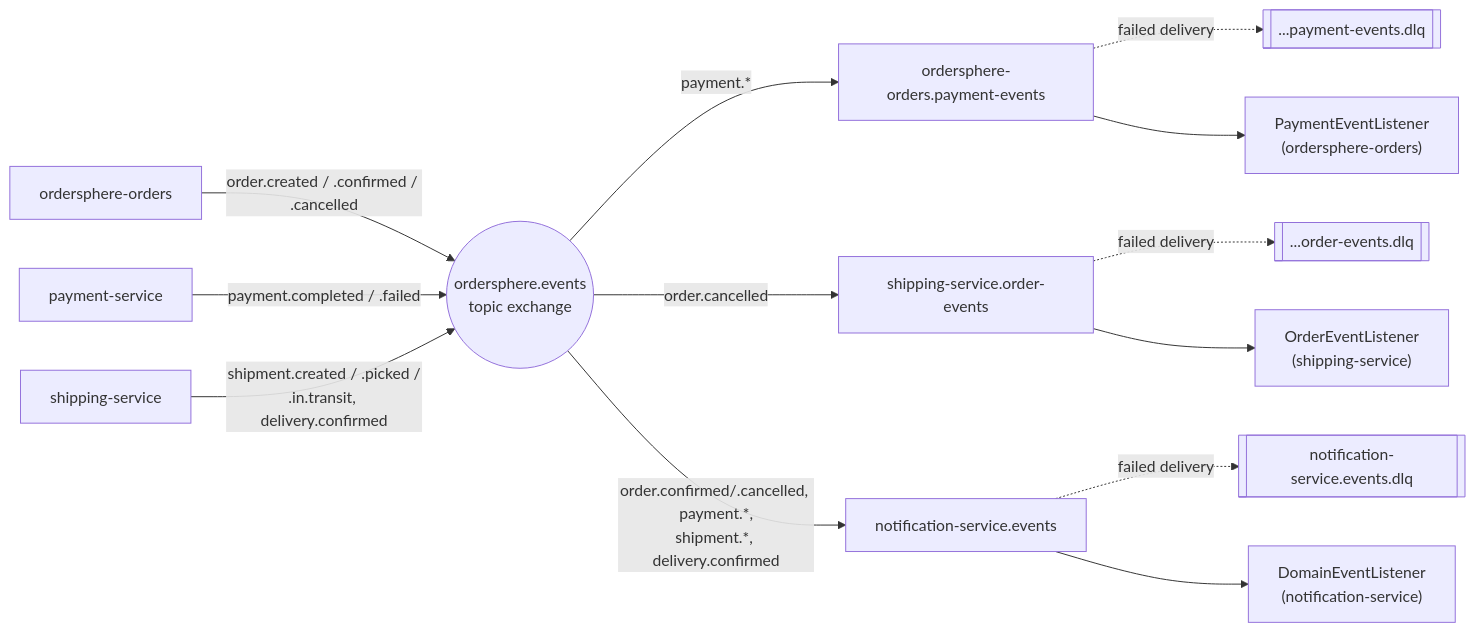
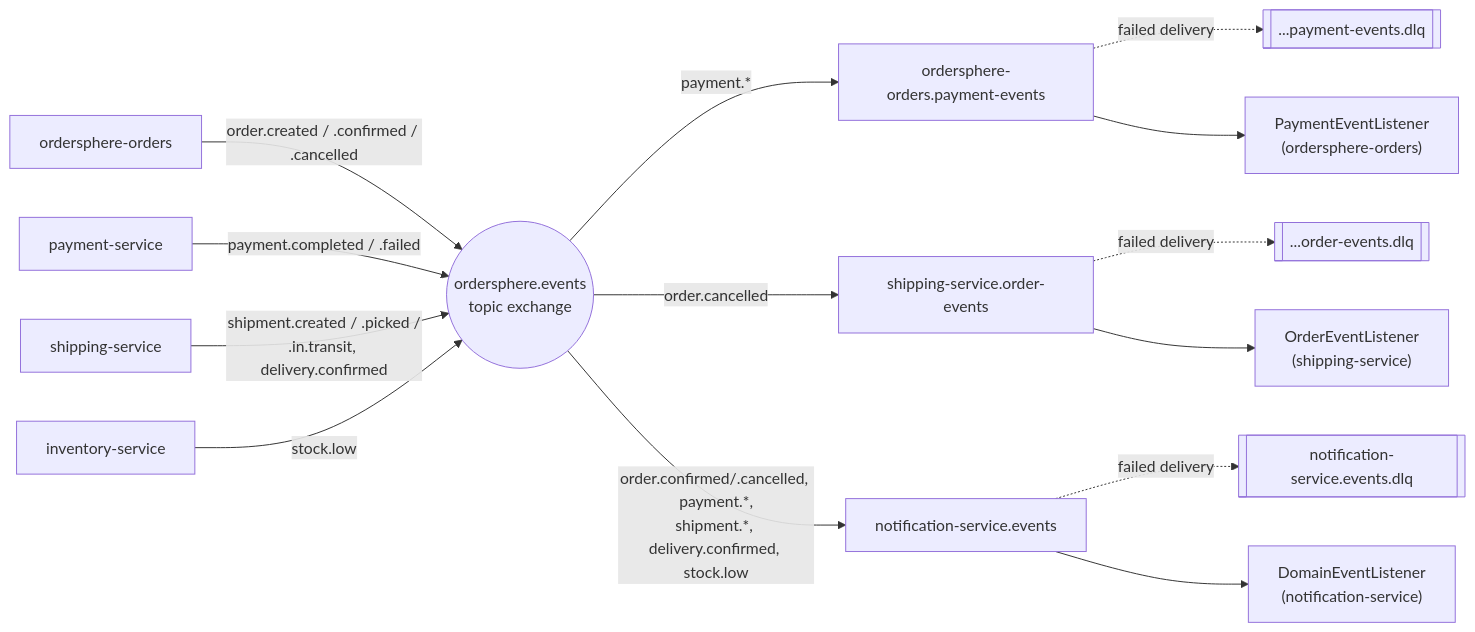
The second of 2 diagrams in docs/technical-architecture.md (sankar1609/OrderSphere), drawn with Mermaid before and after one commit. The commit also changed other lines of this file, not shown here.

First line of the commit message:
Bring technical-architecture.md up to date with the code

````diff
--- a/docs/technical-architecture.md
+++ b/docs/technical-architecture.md
@@ -131,18 +148,19 @@
 ```mermaid
 flowchart LR
     ord["ordersphere-orders"] -- "order.created / .confirmed / .cancelled" --> ex(("ordersphere.events\ntopic exchange"))
     pay["payment-service"] -- "payment.completed / .failed" --> ex
     ship["shipping-service"] -- "shipment.created / .picked /\n.in.transit, delivery.confirmed" --> ex
+    inv["inventory-service"] -- "stock.low" --> ex
 
     ex -- "payment.*" --> q1["ordersphere-orders.payment-events"]
     ex -- "order.cancelled" --> q3["shipping-service.order-events"]
-    ex -- "order.confirmed/.cancelled, payment.*,\nshipment.*, delivery.confirmed" --> q2["notification-service.events"]
+    ex -- "order.confirmed/.cancelled, payment.*,\nshipment.*, delivery.confirmed, stock.low" --> q2["notification-service.events"]
 
     q1 -. failed delivery .-> dlq1[["...payment-events.dlq"]]
     q2 -. failed delivery .-> dlq2[["notification-service.events.dlq"]]
     q3 -. failed delivery .-> dlq3[["...order-events.dlq"]]
 
     q1 --> l1["PaymentEventListener\n(ordersphere-orders)"]
     q2 --> l2["DomainEventListener\n(notification-service)"]
     q3 --> l3["OrderEventListener\n(shipping-service)"]
 ```
````
